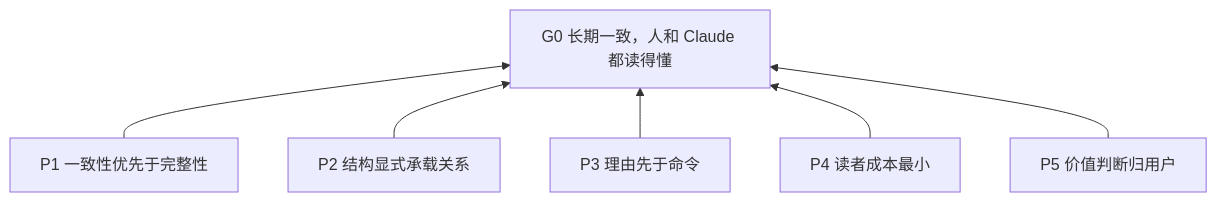
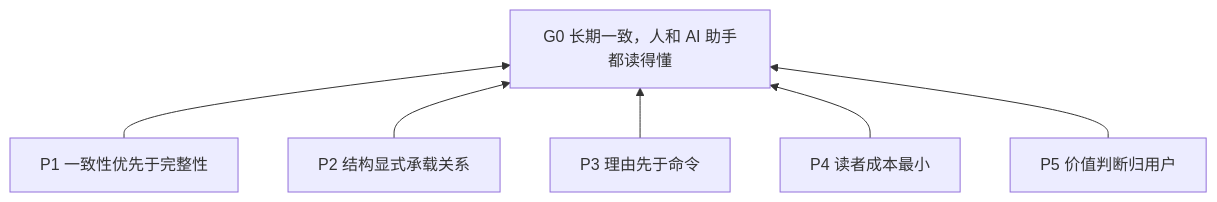
One commit to jmaxzh/solo-vibe-coding changed the first of 6 diagrams in translations/zh-CN/skills/instruction-doc-architect/SKILL.zh-CN.md. Above: the diagram before and after it, drawn with Mermaid. The commit also changed other lines of this file and 1 other file, not shown here.

````diff
--- a/translations/zh-CN/skills/instruction-doc-architect/SKILL.zh-CN.md
+++ b/translations/zh-CN/skills/instruction-doc-architect/SKILL.zh-CN.md
@@ -19,8 +19,8 @@
 ```mermaid
 flowchart BT
-    P1["P1 一致性优先于完整性"] --> G0["G0 长期一致，人和 Claude 都读得懂"]
+    P1["P1 一致性优先于完整性"] --> G0["G0 长期一致，人和 AI 助手都读得懂"]
     P2["P2 结构显式承载关系"] --> G0
     P3["P3 理由先于命令"] --> G0
     P4["P4 读者成本最小"] --> G0
     P5["P5 价值判断归用户"] --> G0
 ```
````
